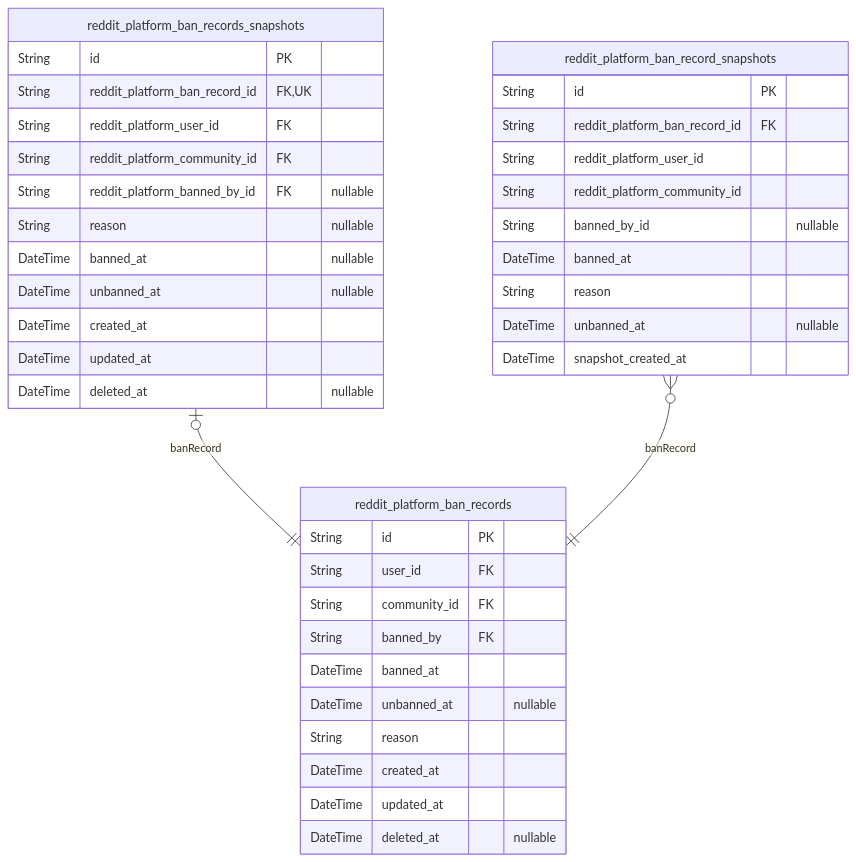
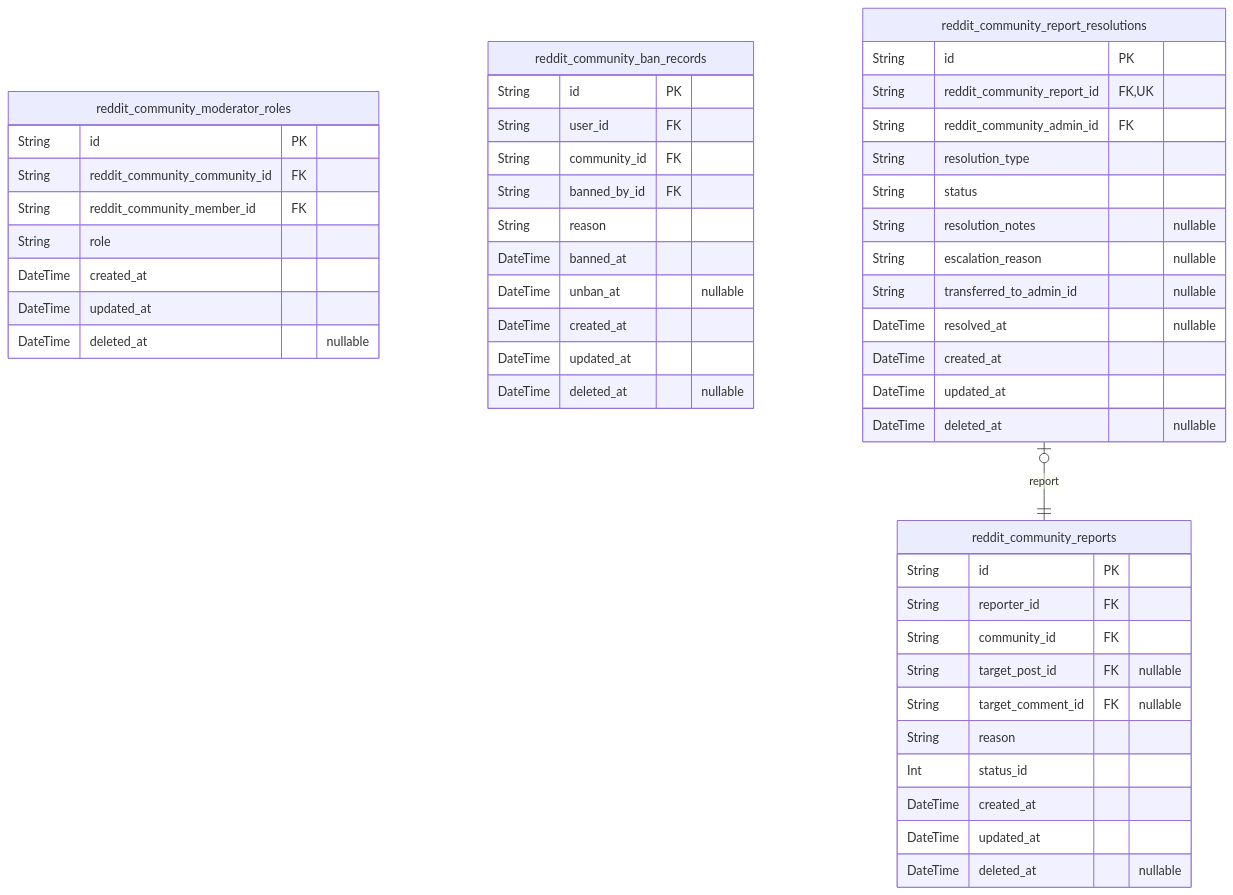
Before and after one commit to wrtnlabs/autobe-examples: the fifth of 5 diagrams in qwen/qwen3.5-35b-a3b/reddit/docs/ERD.md, drawn with Mermaid. The commit also changed other lines of this file and 6645 other files, not shown here.

````diff
--- a/qwen/qwen3.5-35b-a3b/reddit/docs/ERD.md
+++ b/qwen/qwen3.5-35b-a3b/reddit/docs/ERD.md
@@ -1508,41 +1515,51 @@
 ```mermaid
 erDiagram
-"reddit_platform_ban_records" {
+"reddit_community_moderator_roles" {
   String id PK
-  String user_id FK
-  String community_id FK
-  String banned_by FK
-  DateTime banned_at
-  DateTime unbanned_at "nullable"
-  String reason
+  String reddit_community_community_id FK
+  String reddit_community_member_id FK
+  String role
   DateTime created_at
   DateTime updated_at
   DateTime deleted_at "nullable"
 }
-"reddit_platform_ban_records_snapshots" {
+"reddit_community_ban_records" {
   String id PK
-  String reddit_platform_ban_record_id FK,UK
-  String reddit_platform_user_id FK
-  String reddit_platform_community_id FK
-  String reddit_platform_banned_by_id FK "nullable"
-  String reason "nullable"
-  DateTime banned_at "nullable"
-  DateTime unbanned_at "nullable"
+  String user_id FK
+  String community_id FK
+  String banned_by_id FK
+  String reason
+  DateTime banned_at
+  DateTime unban_at "nullable"
   DateTime created_at
   DateTime updated_at
   DateTime deleted_at "nullable"
 }
-"reddit_platform_ban_record_snapshots" {
+"reddit_community_reports" {
   String id PK
-  String reddit_platform_ban_record_id FK
-  String reddit_platform_user_id
-  String reddit_platform_community_id
-  String banned_by_id "nullable"
-  DateTime banned_at
+  String reporter_id FK
+  String community_id FK
+  String target_post_id FK "nullable"
+  String target_comment_id FK "nullable"
   String reason
-  DateTime unbanned_at "nullable"
-  DateTime snapshot_created_at
+  Int status_id
+  DateTime created_at
+  DateTime updated_at
+  DateTime deleted_at "nullable"
 }
-"reddit_platform_ban_records_snapshots" |o--|| "reddit_platform_ban_records" : banRecord
-"reddit_platform_ban_record_snapshots" }o--|| "reddit_platform_ban_records" : banRecord
+"reddit_community_report_resolutions" {
+  String id PK
+  String reddit_community_report_id FK,UK
+  String reddit_community_admin_id FK
+  String resolution_type
+  String status
+  String resolution_notes "nullable"
+  String escalation_reason "nullable"
+  String transferred_to_admin_id "nullable"
+  DateTime resolved_at "nullable"
+  DateTime created_at
+  DateTime updated_at
+  DateTime deleted_at "nullable"
+}
+"reddit_community_report_resolutions" |o--|| "reddit_community_reports" : report
 ```
````
